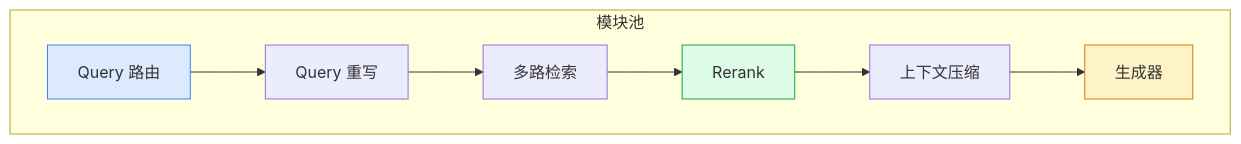
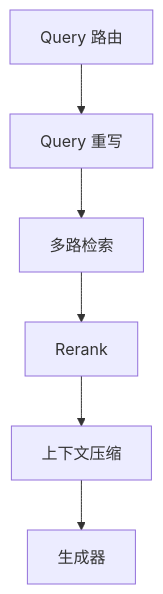
One commit to likebeans/notes-on-llms changed the third of 9 diagrams in docs/llms/rag/index.md. Above: the diagram before and after it, drawn with Mermaid. The commit also changed other lines of this file and 2 other files, not shown here.

Commit message:
feat: 添加 Mermaid 流程图支持并优化样式

````diff
--- a/docs/llms/rag/index.md
+++ b/docs/llms/rag/index.md
@@ -115,21 +104,8 @@
 ```mermaid
 flowchart TB
-    subgraph 模块池
-        M1[Query 路由]
-        M2[Query 重写]
-        M3[多路检索]
-        M4[Rerank]
-        M5[上下文压缩]
-        M6[生成器]
-    end
-    
-    M1 --> M2
-    M2 --> M3
-    M3 --> M4
-    M4 --> M5
-    M5 --> M6
-    
-    style M1 fill:#dbeafe,stroke:#3b82f6
-    style M4 fill:#dcfce7,stroke:#16a34a
-    style M6 fill:#fef3c7,stroke:#d97706
+    M1[Query 路由] --> M2[Query 重写]
+    M2 --> M3[多路检索]
+    M3 --> M4[Rerank]
+    M4 --> M5[上下文压缩]
+    M5 --> M6[生成器]
 ```
````
